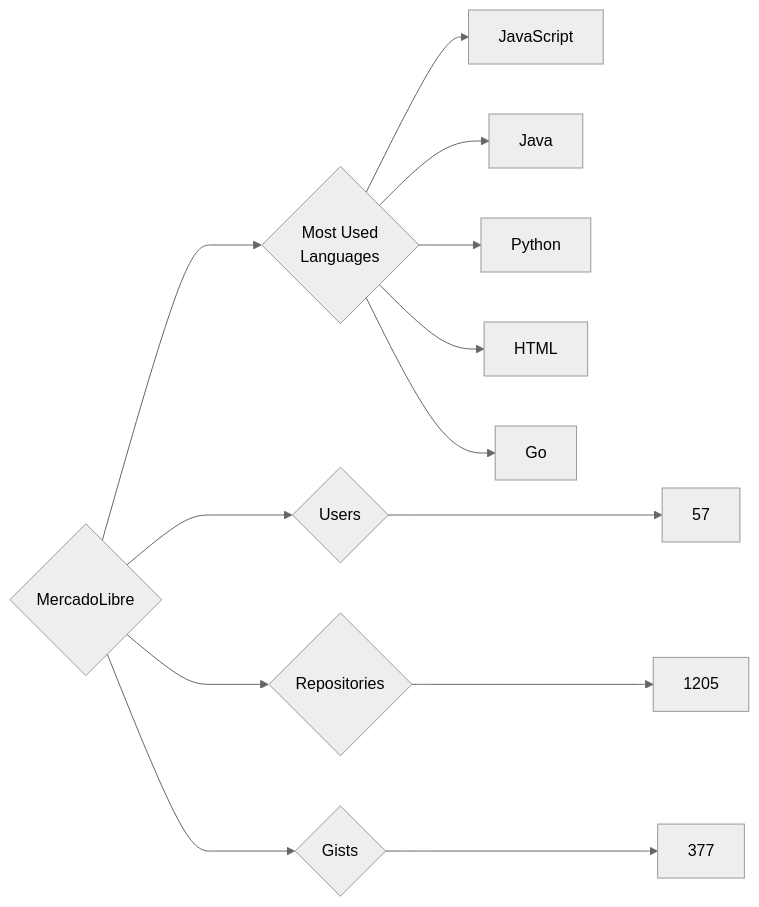
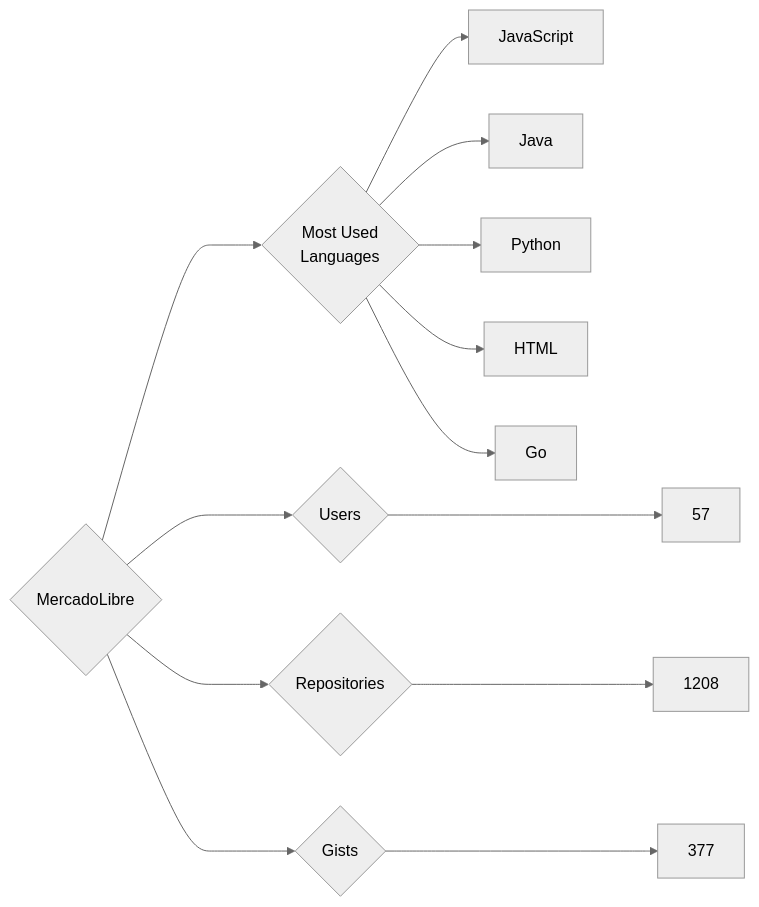
The diagram in targets/MercadoLibre/README.md (trickest/insiders), drawn with Mermaid (neutral theme) before and after one commit. The commit also changed 835 other files, not shown here.

````diff
--- a/targets/MercadoLibre/README.md
+++ b/targets/MercadoLibre/README.md
@@ -3,13 +3,13 @@
 ```mermaid
 graph LR
 COMPANY_NAME{MercadoLibre}
 COMPANY_NAME ---> U{Users} ---> UN[57]
-COMPANY_NAME ---> R{Repositories} ---> RN[1205]
+COMPANY_NAME ---> R{Repositories} ---> RN[1208]
 COMPANY_NAME ---> G{Gists} ---> GN[377]
 COMPANY_NAME ---> ML{Most Used<br>Languages}
 ML --> JavaScript[JavaScript]
 ML --> Java[Java]
 ML --> Python[Python]
 ML --> HTML[HTML]
 ML --> Go[Go]
 ```
````
